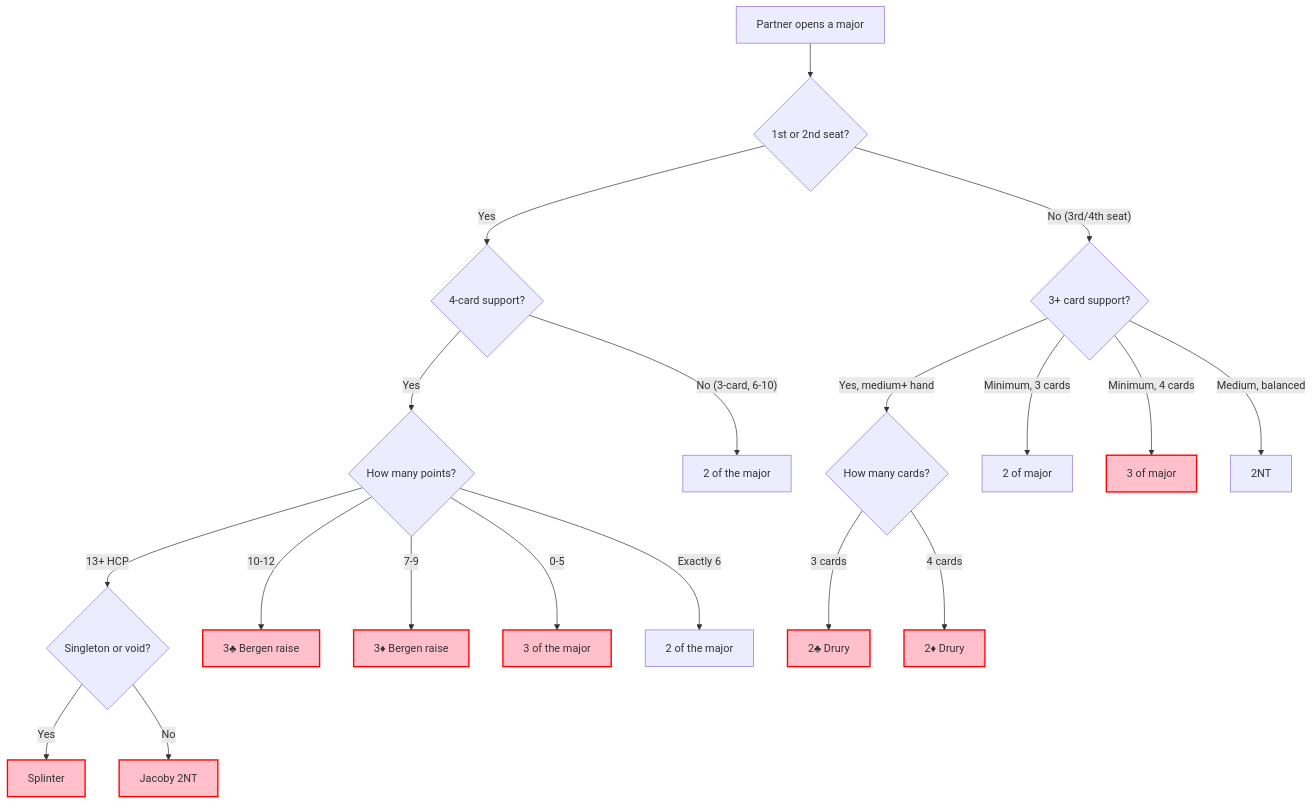
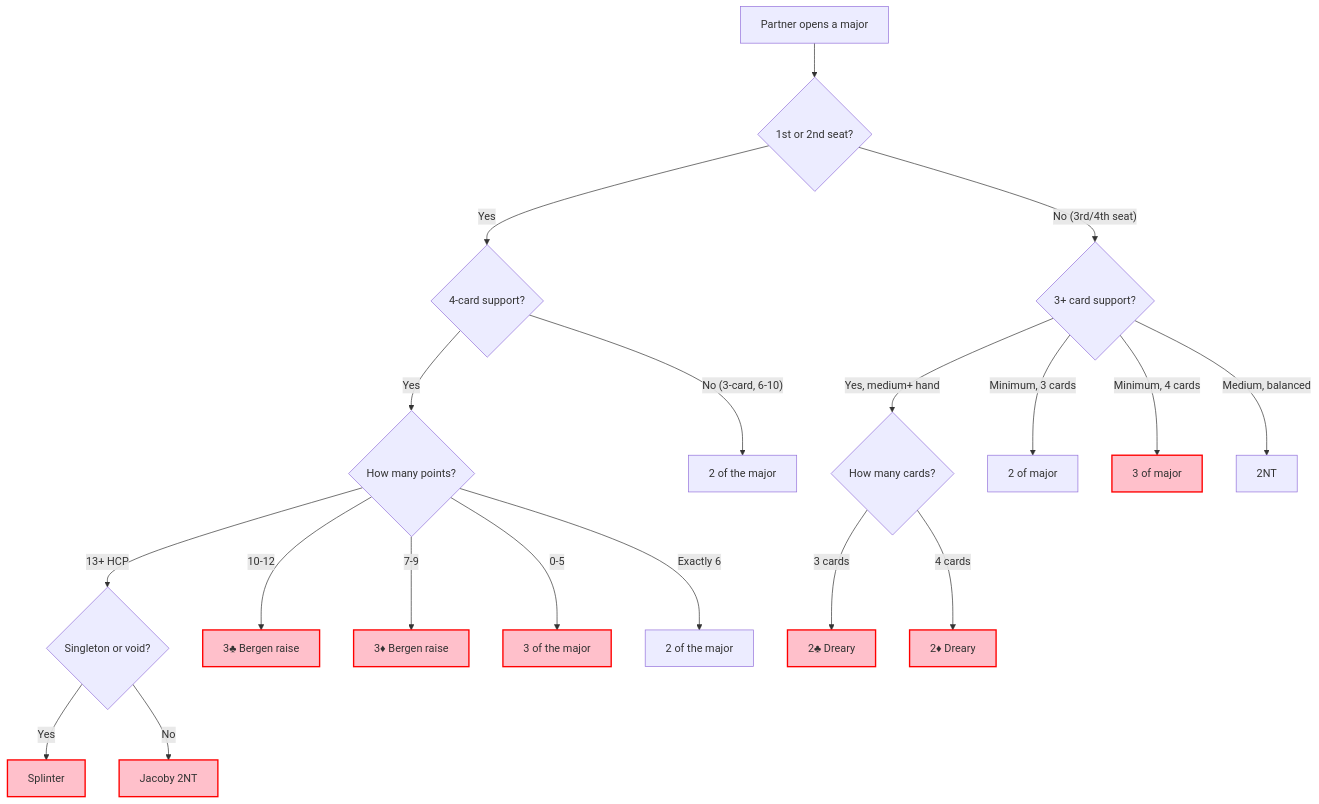
One commit to stephen-vakil/BridgeConventions changed the diagram in MajorRaises.md. Above: the diagram before and after it, drawn with Mermaid. The commit also changed other lines of this file and 5 other files, not shown here.

First line of the commit message:
Add Dreary convention; replace Drury references

````diff
--- a/MajorRaises.md
+++ b/MajorRaises.md
@@ -17,30 +17,30 @@
 ```mermaid
 
 graph TD
     Start[Partner opens a major] --> Seat{1st or 2nd seat?}
 
     Seat -->|Yes| Support{4-card support?}
-    Seat -->|"No (3rd/4th seat)"| Drury{3+ card support?}
+    Seat -->|"No (3rd/4th seat)"| Dreary{3+ card support?}
 
     Support -->|Yes| Strength{How many points?}
     Support -->|"No (3-card, 6-10)"| TwoM[2 of the major]
 
     Strength -->|"13+ HCP"| Short{Singleton or void?}
     Strength -->|10-12| Bergen3C[3♣ Bergen raise]:::alerted
     Strength -->|7-9| Bergen3D[3♦ Bergen raise]:::alerted
     Strength -->|0-5| ThreeM[3 of the major]:::alerted
     Strength -->|Exactly 6| TwoM2[2 of the major]
 
     Short -->|Yes| Splinter[Splinter]:::alerted
     Short -->|No| Jacoby[Jacoby 2NT]:::alerted
 
-    Drury -->|"Yes, medium+ hand"| DruryBid{How many cards?}
-    Drury -->|"Minimum, 3 cards"| E3[2 of major]
-    Drury -->|"Minimum, 4 cards"| E4[3 of major]:::alerted
-    Drury -->|"Medium, balanced"| E5[2NT]
+    Dreary -->|"Yes, medium+ hand"| DrearyBid{How many cards?}
+    Dreary -->|"Minimum, 3 cards"| E3[2 of major]
+    Dreary -->|"Minimum, 4 cards"| E4[3 of major]:::alerted
+    Dreary -->|"Medium, balanced"| E5[2NT]
 
-    DruryBid -->|3 cards| E1[2♣ Drury]:::alerted
-    DruryBid -->|4 cards| E2[2♦ Drury]:::alerted
+    DrearyBid -->|3 cards| E1[2♣ Dreary]:::alerted
+    DrearyBid -->|4 cards| E2[2♦ Dreary]:::alerted
 
     classDef alerted fill:#FFC0CB,stroke:#ff0000,stroke-width:2px;
 ```
````
